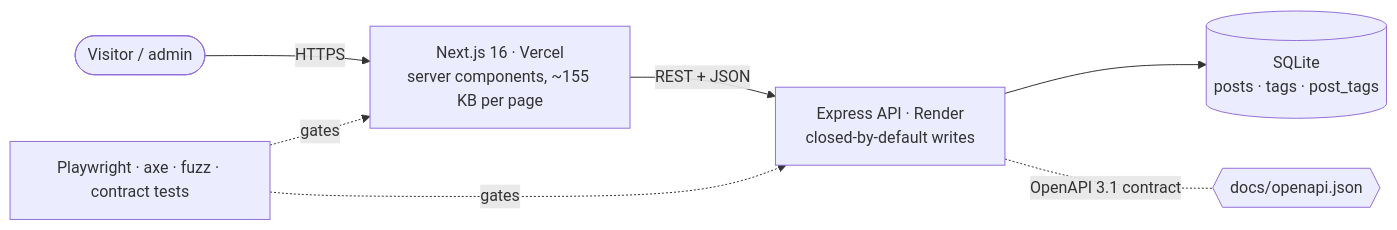
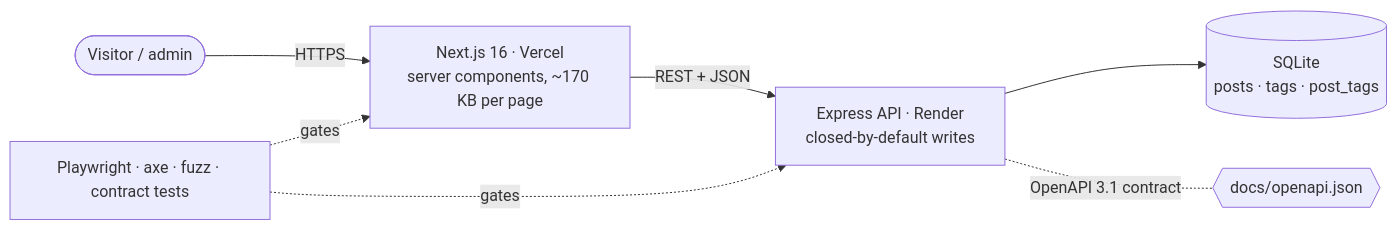
Before and after one commit to Slv-WebTech/tactyqal-launchpad: the diagram in README.md, drawn with Mermaid. The commit also changed other lines of this file and 2 other files, not shown here.

````diff
--- a/README.md
+++ b/README.md
@@ -94,9 +94,9 @@
 ```mermaid
 flowchart LR
-    U([Visitor / admin]) -->|HTTPS| V["Next.js 16 · Vercel<br/>server components, ~155 KB per page"]
+    U([Visitor / admin]) -->|HTTPS| V["Next.js 16 · Vercel<br/>server components, ~170 KB per page"]
     V -->|"REST + JSON"| A["Express API · Render<br/>closed-by-default writes"]
     A --> D[("SQLite<br/>posts · tags · post_tags")]
     A -. "OpenAPI 3.1 contract" .- C{{"docs/openapi.json"}}
     T["Playwright · axe · fuzz · contract tests"] -. "gates" .-> V
     T -. "gates" .-> A
 ```
````
